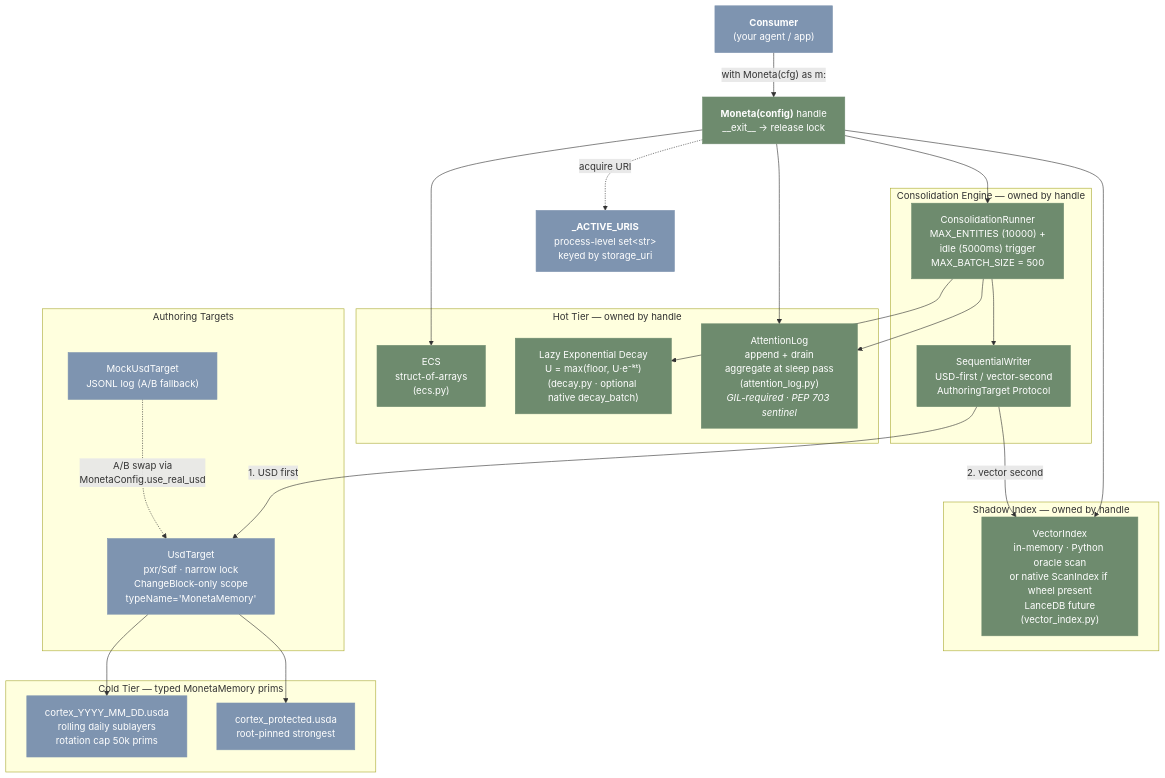
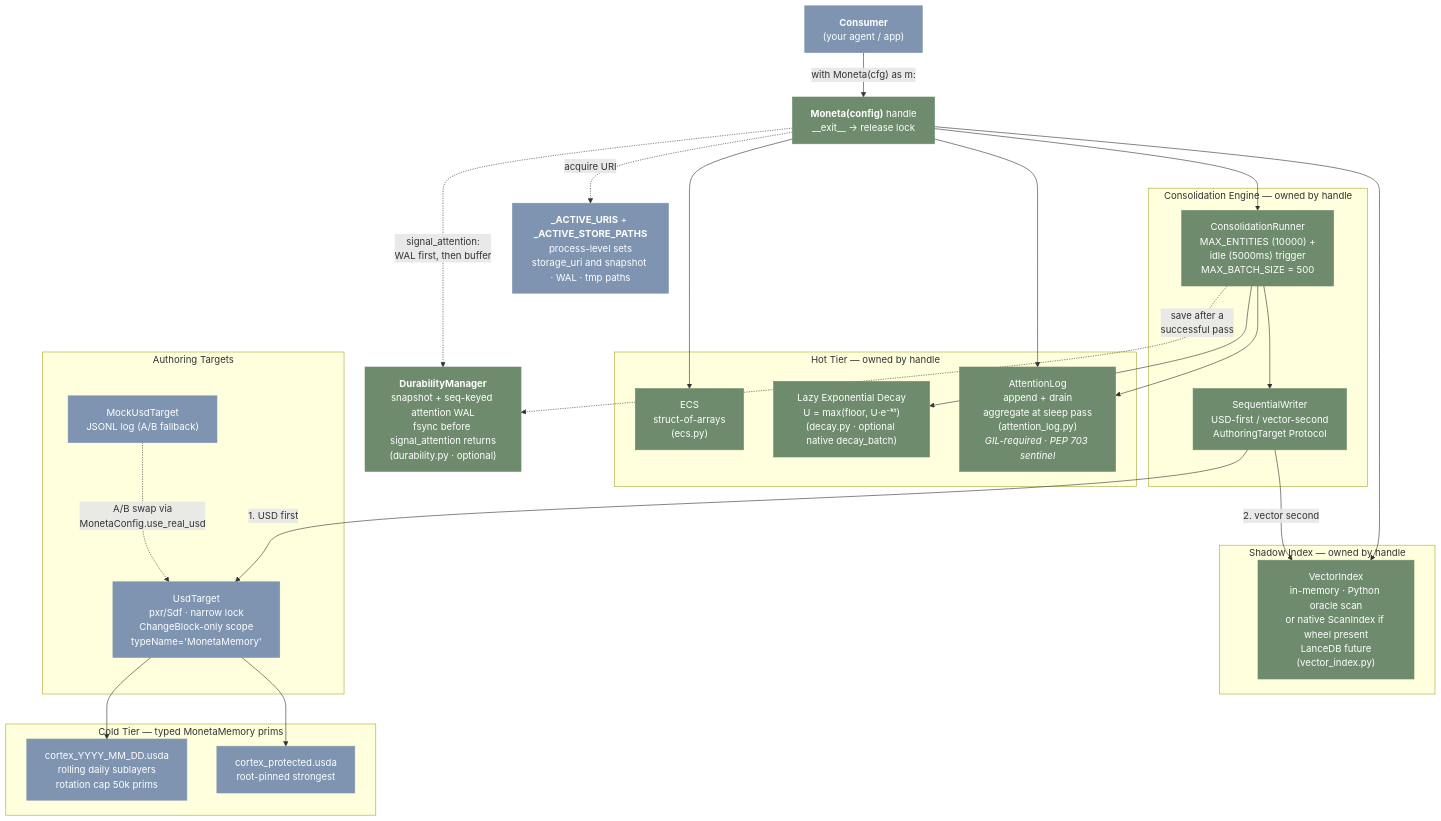
One commit to JosephOIbrahim/Moneta changed the first of 11 diagrams in README.md. Above: the diagram before and after it, drawn with Mermaid. The commit also changed other lines of this file and 5 other files, not shown here.

````diff
--- a/README.md
+++ b/README.md
@@ -204,52 +283,55 @@
 ```mermaid
 graph TB
     consumer["<b>Consumer</b><br/>(your agent / app)"]
     handle["<b>Moneta(config)</b> handle<br/>__exit__ → release lock"]
-    registry["<b>_ACTIVE_URIS</b><br/>process-level set&lt;str&gt;<br/>keyed by storage_uri"]
+    registry["<b>_ACTIVE_URIS</b> + <b>_ACTIVE_STORE_PATHS</b><br/>process-level sets<br/>storage_uri and snapshot · WAL · tmp paths"]
+    durab["<b>DurabilityManager</b><br/>snapshot + seq-keyed attention WAL<br/>fsync before signal_attention returns<br/>(durability.py · optional)"]
 
     subgraph hot["Hot Tier — owned by handle"]
         ECS["ECS<br/>struct-of-arrays<br/>(ecs.py)"]
         Decay["Lazy Exponential Decay<br/>U = max(floor, U·e⁻ᵏᵗ)<br/>(decay.py · optional native decay_batch)"]
         AttLog["AttentionLog<br/>append + drain<br/>aggregate at sleep pass<br/>(attention_log.py)<br/><i>GIL-required · PEP 703 sentinel</i>"]
     end
 
     subgraph shadow["Shadow Index — owned by handle"]
         VecIdx["VectorIndex<br/>in-memory · Python oracle scan<br/>or native ScanIndex if wheel present<br/>LanceDB future<br/>(vector_index.py)"]
     end
 
     subgraph consolidation["Consolidation Engine — owned by handle"]
         Runner["ConsolidationRunner<br/>MAX_ENTITIES (10000) +<br/>idle (5000ms) trigger<br/>MAX_BATCH_SIZE = 500"]
         SeqWriter["SequentialWriter<br/>USD-first / vector-second<br/>AuthoringTarget Protocol"]
     end
 
     subgraph targets["Authoring Targets"]
         Real["UsdTarget<br/>pxr/Sdf · narrow lock<br/>ChangeBlock-only scope<br/>typeName='MonetaMemory'"]
         Mock["MockUsdTarget<br/>JSONL log (A/B fallback)"]
     end
 
     subgraph cold["Cold Tier — typed MonetaMemory prims"]
         Rolling["cortex_YYYY_MM_DD.usda<br/>rolling daily sublayers<br/>rotation cap 50k prims"]
         Protected["cortex_protected.usda<br/>root-pinned strongest"]
     end
 
     consumer -->|"with Moneta(cfg) as m:"| handle
     handle -.->|"acquire URI"| registry
     handle --> ECS
     handle --> AttLog
     handle --> VecIdx
     handle --> Runner
+    handle -.->|"signal_attention:<br/>WAL first, then buffer"| durab
+    Runner -.->|"save after a<br/>successful pass"| durab
     Runner --> AttLog
     Runner --> Decay
     Runner --> SeqWriter
     SeqWriter -->|"1. USD first"| Real
     SeqWriter -->|"2. vector second"| VecIdx
     Real --> Rolling
     Real --> Protected
     Mock -.->|"A/B swap via<br/>MonetaConfig.use_real_usd"| Real
 
     classDef green fill:#6E8B6E,color:#fff,stroke:#6E8B6E
     classDef blue fill:#7E94B0,color:#fff,stroke:#7E94B0
 
-    class handle,ECS,Decay,AttLog,VecIdx,Runner,SeqWriter green
+    class handle,ECS,Decay,AttLog,VecIdx,Runner,SeqWriter,durab green
     class consumer,registry,Real,Mock,Rolling,Protected blue
 ```
````
